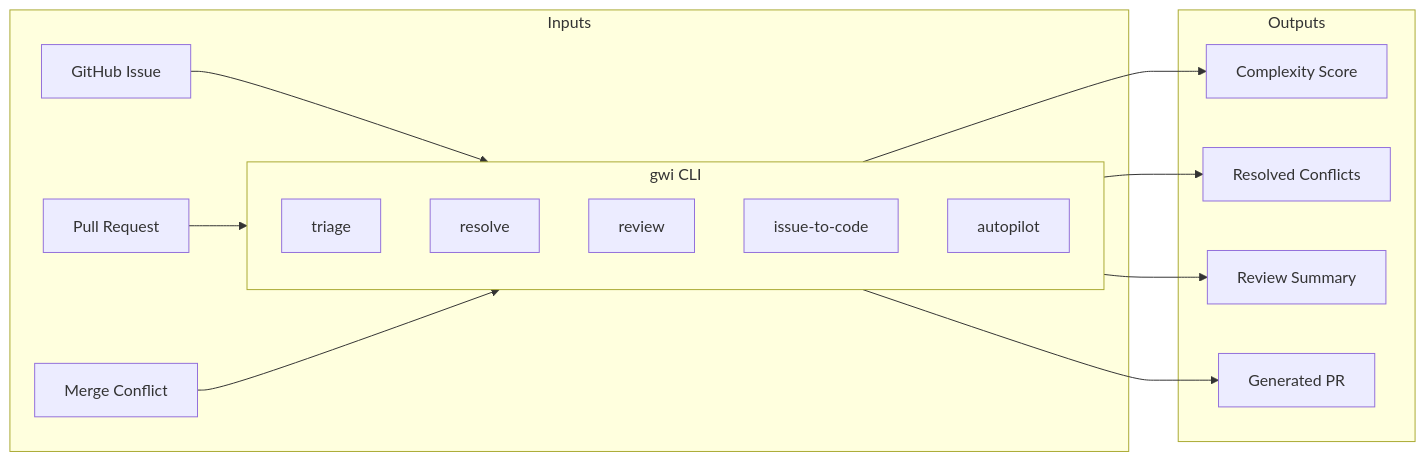
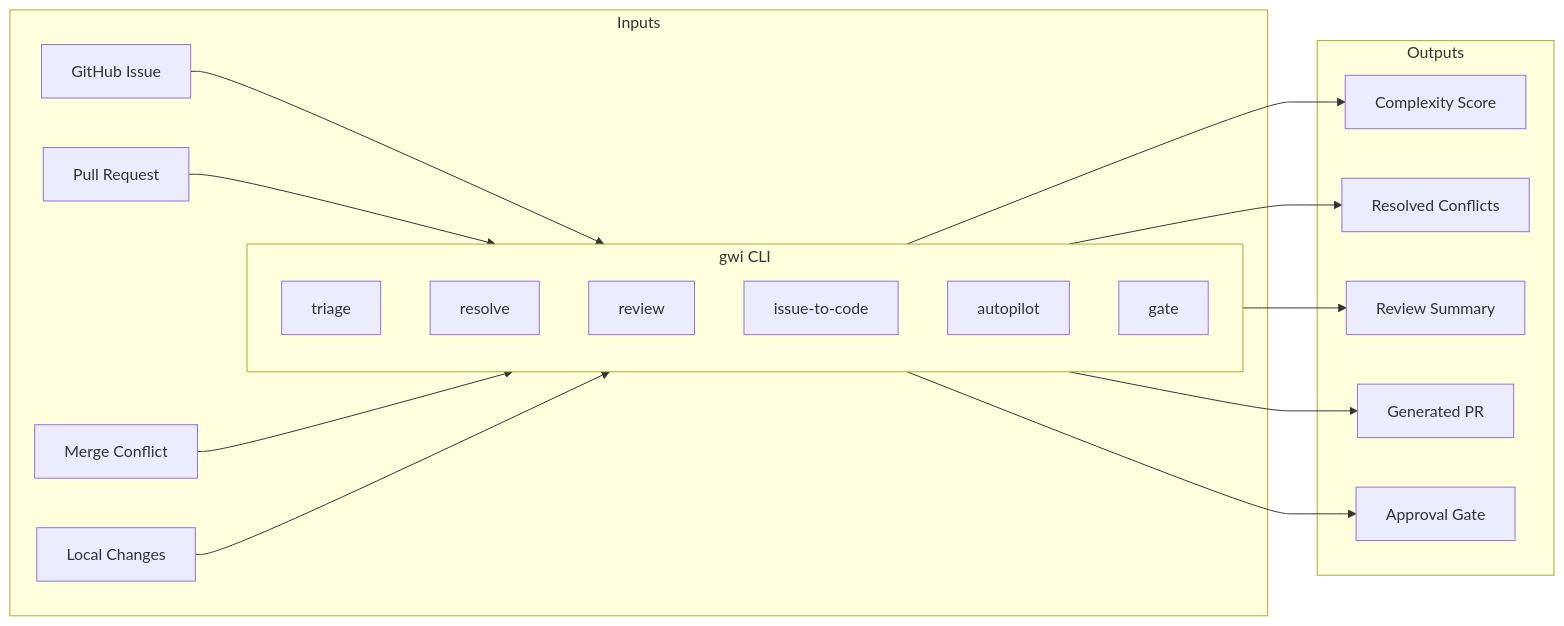
One commit to intent-solutions-io/iam-git-with-intent changed the first of 14 diagrams in README.md. Above: the diagram before and after it, drawn with Mermaid. The commit also changed other lines of this file, not shown here.

First line of the commit message:
docs(readme): add Epic J local dev review features (v0.5.0)

````diff
--- a/README.md
+++ b/README.md
@@ -46,23 +46,26 @@
 ```mermaid
 flowchart LR
     subgraph Inputs
         A[GitHub Issue] --> CLI
         B[Pull Request] --> CLI
         C[Merge Conflict] --> CLI
+        D[Local Changes] --> CLI
     end
 
     subgraph CLI[gwi CLI]
-        D[triage]
-        E[resolve]
-        F[review]
-        G[issue-to-code]
-        H[autopilot]
+        E[triage]
+        F[resolve]
+        G[review]
+        H[issue-to-code]
+        I[autopilot]
+        J[gate]
     end
 
     subgraph Outputs
-        CLI --> I[Complexity Score]
-        CLI --> J[Resolved Conflicts]
-        CLI --> K[Review Summary]
-        CLI --> L[Generated PR]
+        CLI --> K[Complexity Score]
+        CLI --> L[Resolved Conflicts]
+        CLI --> M[Review Summary]
+        CLI --> N[Generated PR]
+        CLI --> O[Approval Gate]
     end
 ```
````
